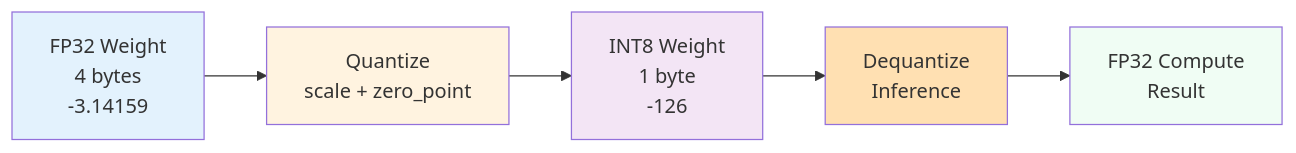
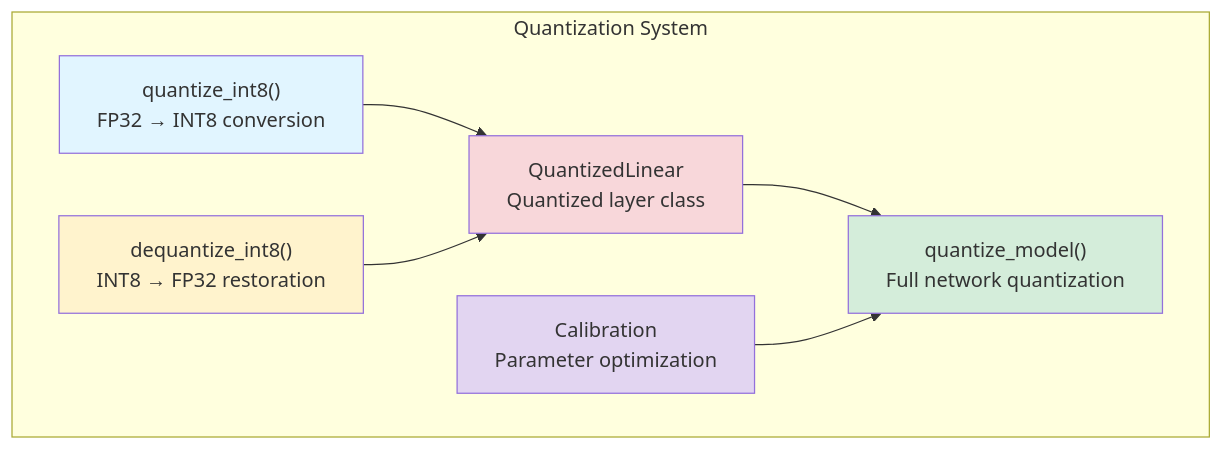
The diagram in tinytorch/src/15_quantization/ABOUT.md (harvard-edge/cs249r_book), drawn with Mermaid before and after one commit. The commit also changed other lines of this file and 18 other files, not shown here.

````diff
--- a/tinytorch/src/15_quantization/ABOUT.md
+++ b/tinytorch/src/15_quantization/ABOUT.md
@@ -48,13 +35,21 @@
 ```{mermaid}
-graph LR
-    A[FP32 Weight<br/>4 bytes<br/>-3.14159] --> B[Quantize<br/>scale + zero_point]
-    B --> C[INT8 Weight<br/>1 byte<br/>-126]
-    C --> D[Dequantize<br/>Inference]
-    D --> E[FP32 Compute<br/>Result]
+flowchart TB
+    subgraph "Quantization System"
+        A["quantize_int8()<br/>FP32 → INT8 conversion"]
+        B["dequantize_int8()<br/>INT8 → FP32 restoration"]
+        C["QuantizedLinear<br/>Quantized layer class"]
+        D["quantize_model()<br/>Full network quantization"]
+        E["Calibration<br/>Parameter optimization"]
+    end
 
-    style A fill:#e3f2fd
-    style B fill:#fff3e0
-    style C fill:#f3e5f5
-    style D fill:#ffe0b2
-    style E fill:#f0fdf4
+    A --> C
+    B --> C
+    C --> D
+    E --> D
+
+    style A fill:#e1f5ff
+    style B fill:#fff3cd
+    style C fill:#f8d7da
+    style D fill:#d4edda
+    style E fill:#e2d5f1
 ```
````
